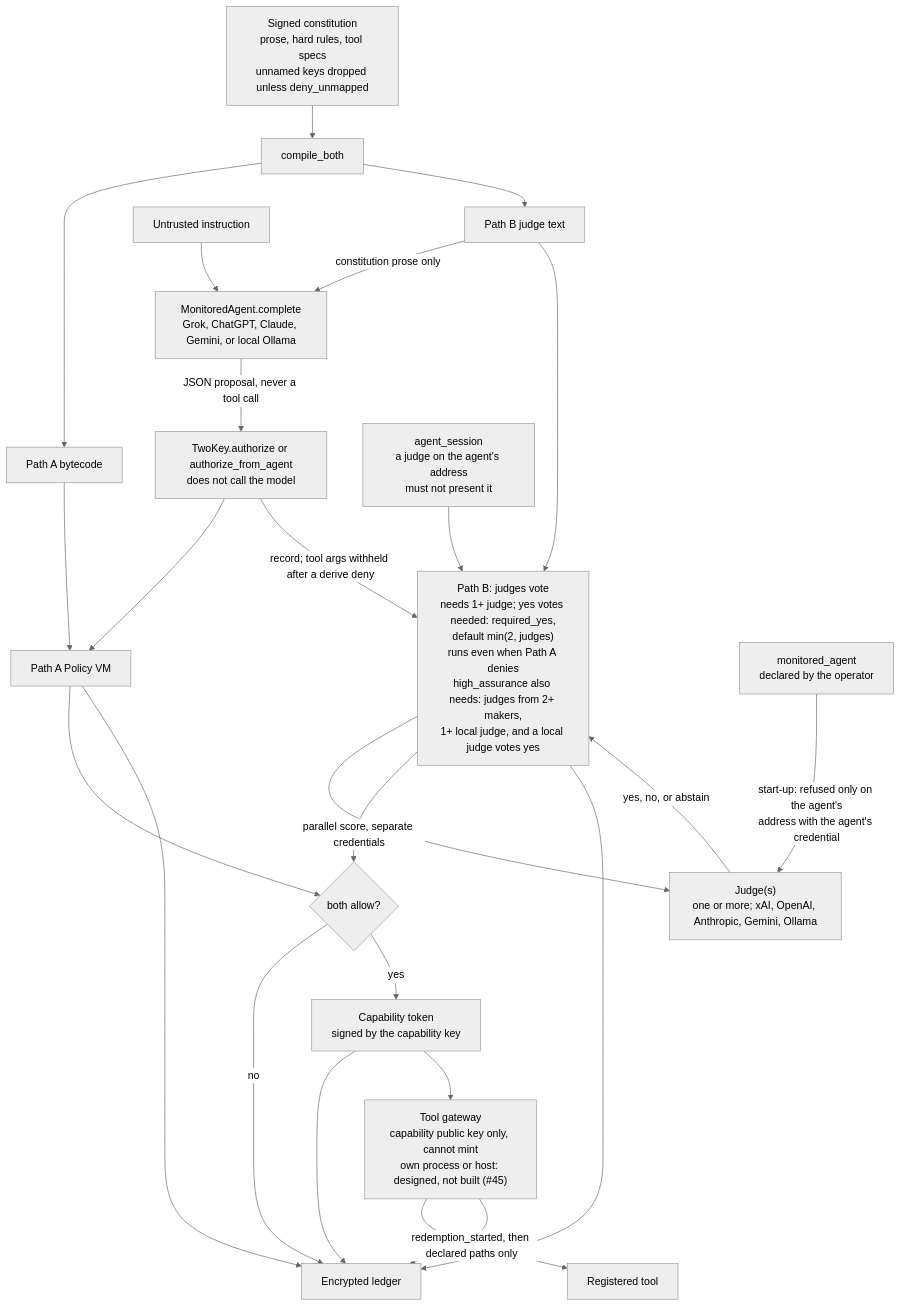
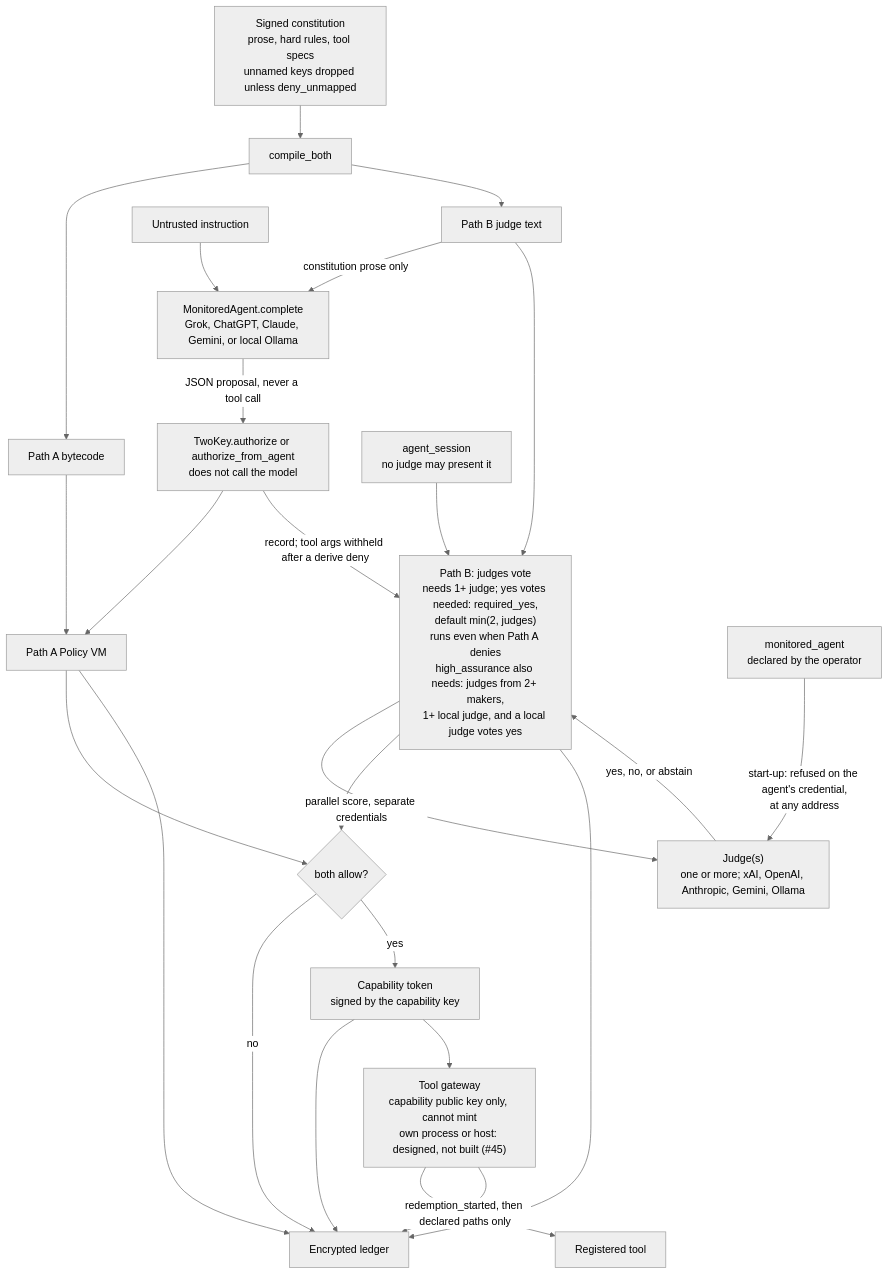
The first of 3 diagrams in README.md (Insomniac-VibeLabs/two-key-concept), drawn with Mermaid (neutral theme) before and after one commit. The commit also changed other lines of this file and 18 other files, not shown here.

First line of the commit message:
A judge with the agent's credential is refused at any address

````diff
--- a/README.md
+++ b/README.md
@@ -93,27 +93,27 @@
 ```mermaid
 flowchart TD
   constitution["Signed constitution<br/>prose, hard rules, tool specs<br/>unnamed keys dropped unless deny_unmapped"] --> compile["compile_both"]
   compile --> bytecode["Path A bytecode"]
   compile --> judgeText["Path B judge text"]
   instruction["Untrusted instruction"] --> agent["MonitoredAgent.complete<br/>Grok, ChatGPT, Claude, Gemini, or local Ollama"]
   judgeText -->|"constitution prose only"| agent
   agent -->|"JSON proposal, never a tool call"| authorize["TwoKey.authorize or authorize_from_agent<br/>does not call the model"]
   bytecode --> pathA["Path A Policy VM"]
   authorize --> pathA
   authorize -->|"record; tool args withheld after a derive deny"| pathB["Path B: judges vote<br/>needs 1+ judge; yes votes needed: required_yes,<br/>default min(2, judges)<br/>runs even when Path A denies<br/>high_assurance also needs: judges from 2+ makers,<br/>1+ local judge, and a local judge votes yes"]
   judgeText --> pathB
-  declared["monitored_agent<br/>declared by the operator"] -->|"start-up: refused only on the agent's<br/>address with the agent's credential"| judges
-  session["agent_session<br/>a judge on the agent's address<br/>must not present it"] --> pathB
+  declared["monitored_agent<br/>declared by the operator"] -->|"start-up: refused on the agent's credential,<br/>at any address"| judges
+  session["agent_session<br/>no judge may present it"] --> pathB
   pathB -->|"parallel score, separate credentials"| judges["Judge(s)<br/>one or more; xAI, OpenAI, Anthropic, Gemini, Ollama"]
   judges -->|"yes, no, or abstain"| pathB
   pathA --> gate{"both allow?"}
   pathB --> gate
   pathA --> ledger["Encrypted ledger"]
   pathB --> ledger
   gate -->|no| ledger
   gate -->|yes| token["Capability token<br/>signed by the capability key"]
   token --> ledger
   token --> gateway["Tool gateway<br/>capability public key only, cannot mint<br/>own process or host: designed, not built (#45)"]
   gateway -->|"redemption_started, then declared paths only"| tool["Registered tool"]
   gateway --> ledger
 ```
````
